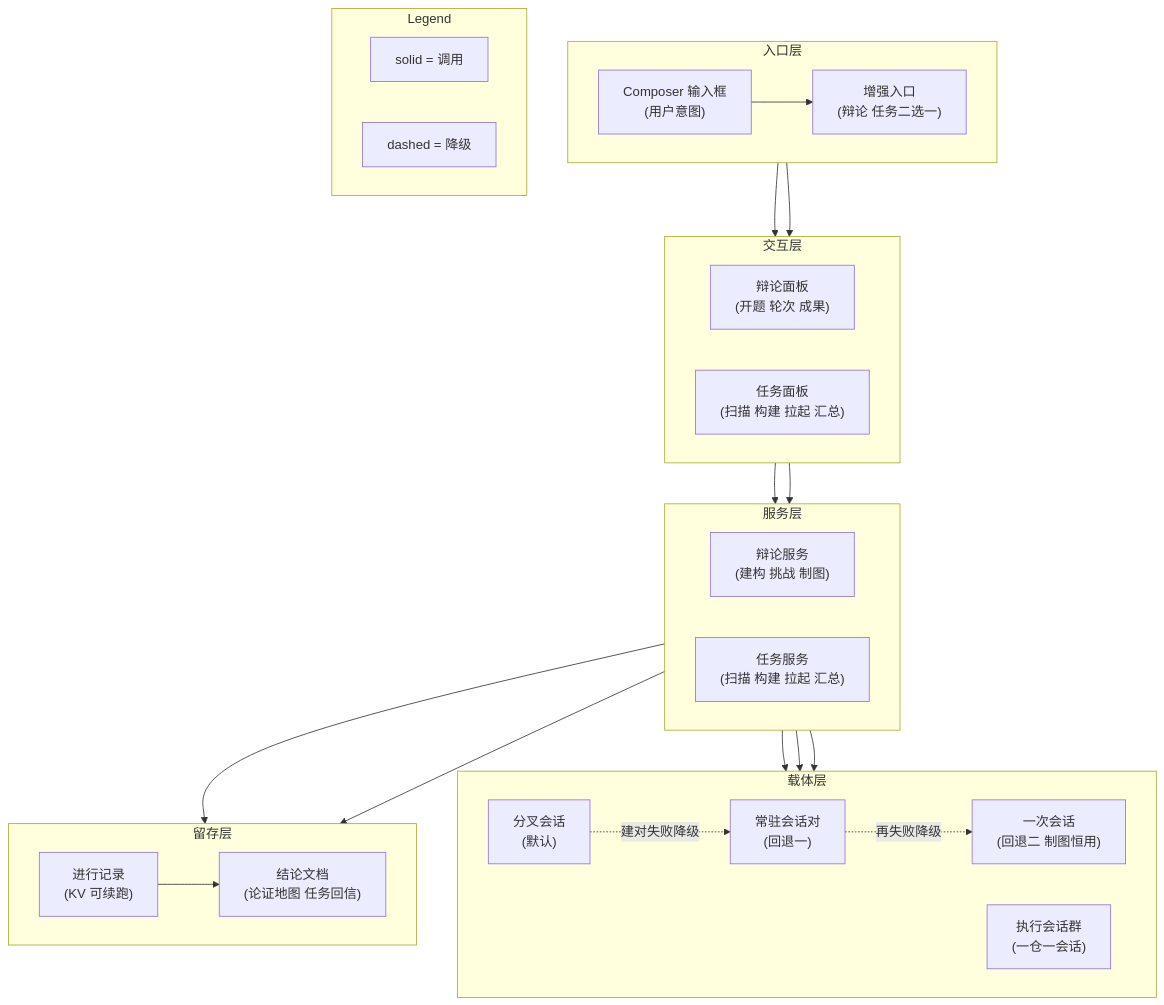
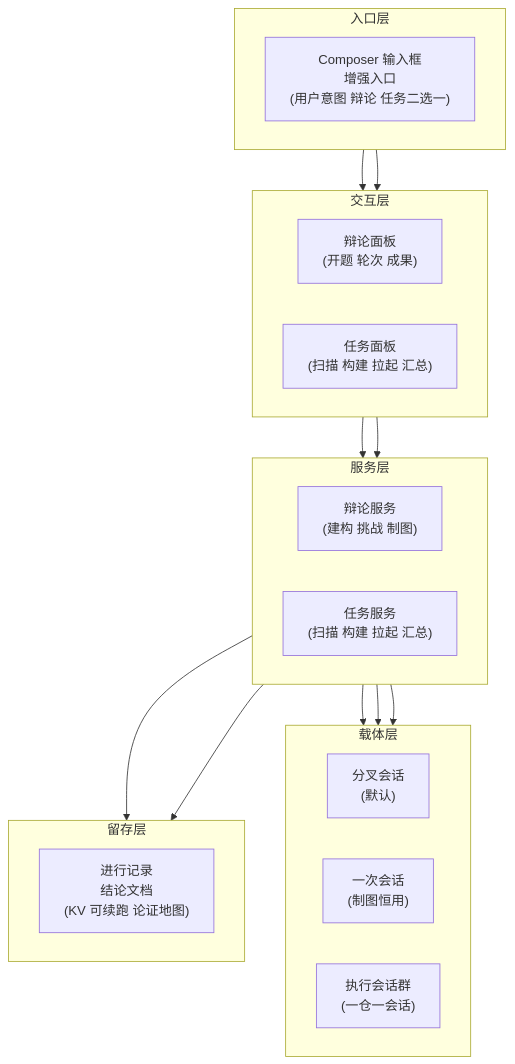
Before and after one commit to doubleelec/dsh-debate: the second of 4 diagrams in docs/architecture.md, drawn with Mermaid.

Commit message:
docs: flatten logical decomposition diagram to remove forced ranks
- Merge Entry and Keep linear steps into stacked nodes

- Move fallback chain out of the chart into body text; single edge style needs no legend

````diff
--- a/docs/architecture.md
+++ b/docs/architecture.md
@@ -86,50 +86,37 @@
 ```mermaid
 flowchart TD
     subgraph Entry["入口层"]
         direction LR
-        composer["Composer 输入框<br/>(用户意图)"]
-        menu["增强入口<br/>(辩论 任务二选一)"]
-        composer --> menu
+        entry["Composer 输入框<br/>增强入口<br/>(用户意图 辩论 任务二选一)"]
     end
     subgraph Face["交互层"]
         direction LR
         debateUI["辩论面板<br/>(开题 轮次 成果)"]
         taskUI["任务面板<br/>(扫描 构建 拉起 汇总)"]
     end
     subgraph Service["服务层"]
         direction LR
         debateSvc["辩论服务<br/>(建构 挑战 制图)"]
         taskSvc["任务服务<br/>(扫描 构建 拉起 汇总)"]
     end
     subgraph Carry["载体层"]
         direction LR
         fork["分叉会话<br/>(默认)"]
-        resident["常驻会话对<br/>(回退一)"]
-        oneshot["一次会话<br/>(回退二 制图恒用)"]
+        oneshot["一次会话<br/>(制图恒用)"]
         taskGroup["执行会话群<br/>(一仓一会话)"]
     end
     subgraph Keep["留存层"]
         direction LR
-        kv["进行记录<br/>(KV 可续跑)"]
-        docs["结论文档<br/>(论证地图 任务回信)"]
-        kv --> docs
+        keep["进行记录<br/>结论文档<br/>(KV 可续跑 论证地图)"]
     end
 
-    menu --> debateUI
-    menu --> taskUI
+    entry --> debateUI
+    entry --> taskUI
     debateUI --> debateSvc
     taskUI --> taskSvc
     debateSvc --> fork
-    fork -.->|建对失败降级| resident
-    resident -.->|再失败降级| oneshot
     debateSvc --> oneshot
     taskSvc --> taskGroup
-    debateSvc --> kv
-    taskSvc --> kv
-
-    subgraph Legend["Legend"]
-        direction LR
-        L1["solid = 调用"]
-        L2["dashed = 降级"]
-    end
+    debateSvc --> keep
+    taskSvc --> keep
 ```
````
